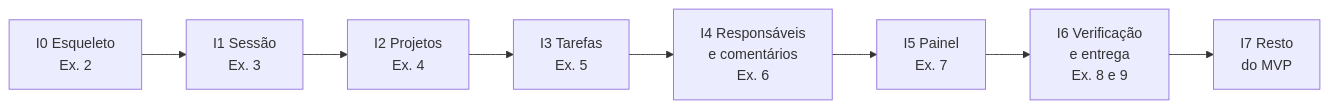
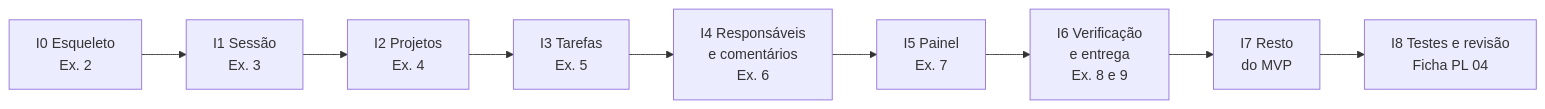
Before and after one commit to vapreace/ai-power-software-engineering-matrix: the diagram in docs/implementation-plan.md, drawn with Mermaid. The commit also changed other lines of this file and 5 other files, not shown here.

````diff
--- a/docs/implementation-plan.md
+++ b/docs/implementation-plan.md
@@ -73,4 +73,4 @@
 ```mermaid
 flowchart LR
-    I0["I0 Esqueleto<br/>Ex. 2"] --> I1["I1 Sessão<br/>Ex. 3"] --> I2["I2 Projetos<br/>Ex. 4"] --> I3["I3 Tarefas<br/>Ex. 5"] --> I4["I4 Responsáveis<br/>e comentários<br/>Ex. 6"] --> I5["I5 Painel<br/>Ex. 7"] --> I6["I6 Verificação<br/>e entrega<br/>Ex. 8 e 9"] --> I7["I7 Resto<br/>do MVP"]
+    I0["I0 Esqueleto<br/>Ex. 2"] --> I1["I1 Sessão<br/>Ex. 3"] --> I2["I2 Projetos<br/>Ex. 4"] --> I3["I3 Tarefas<br/>Ex. 5"] --> I4["I4 Responsáveis<br/>e comentários<br/>Ex. 6"] --> I5["I5 Painel<br/>Ex. 7"] --> I6["I6 Verificação<br/>e entrega<br/>Ex. 8 e 9"] --> I7["I7 Resto<br/>do MVP"] --> I8["I8 Testes e revisão<br/>Ficha PL 04"]
 ```
````
